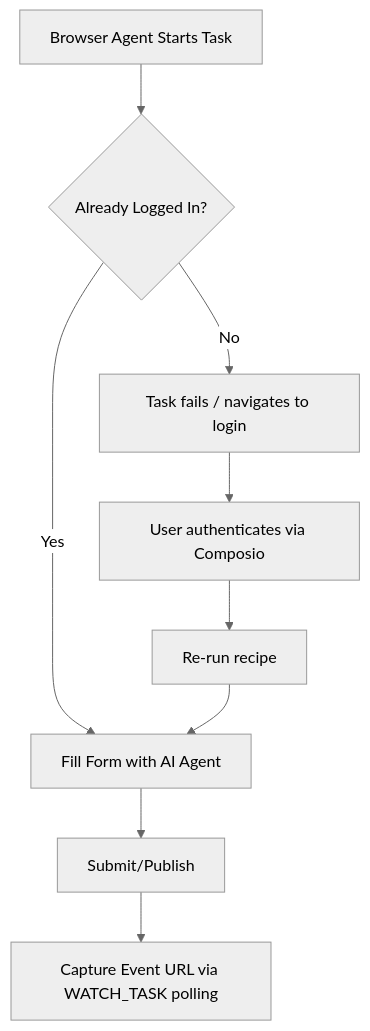
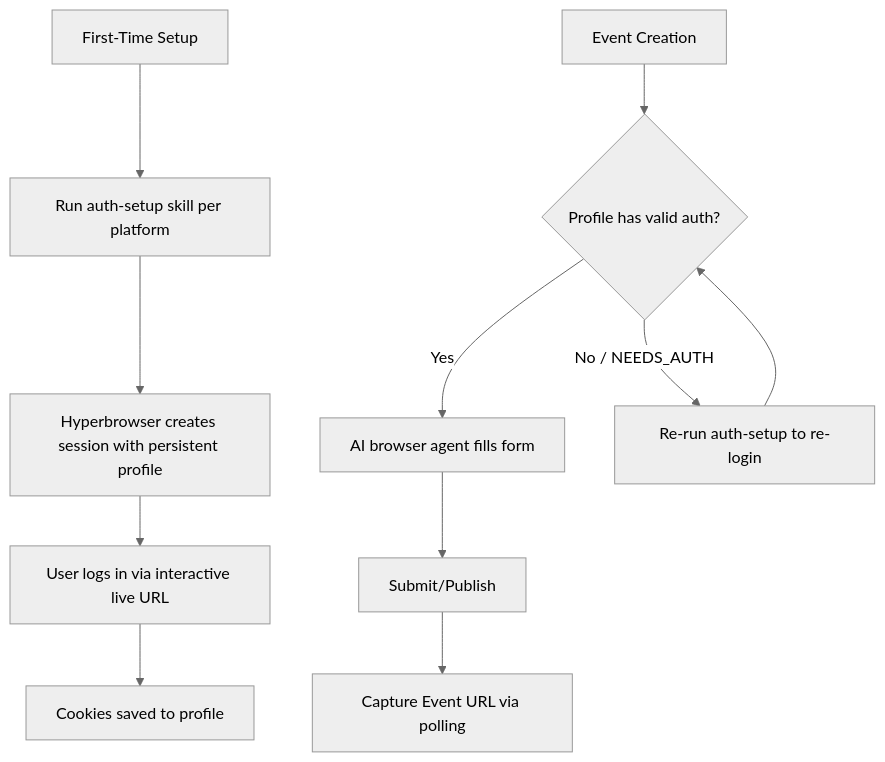
One commit to Coffee-Code-Philly-Accelerator/CCP-Digital-Marketing changed the sixth of 6 diagrams in README.md. Above: the diagram before and after it, drawn with Mermaid (neutral theme). The commit also changed other lines of this file, not shown here.

First line of the commit message:
Update README with Hyperbrowser dual-provider architecture

````diff
--- a/README.md
+++ b/README.md
@@ -330,11 +353,14 @@
 ```mermaid
 flowchart TD
-    A[Browser Agent Starts Task] --> B{Already Logged In?}
-    B -->|Yes| C[Fill Form with AI Agent]
-    B -->|No| D[Task fails / navigates to login]
-    D --> E[User authenticates via Composio]
-    E --> F[Re-run recipe]
-    F --> C
-    C --> G[Submit/Publish]
-    G --> H[Capture Event URL via WATCH_TASK polling]
+    A[First-Time Setup] --> B[Run auth-setup skill per platform]
+    B --> C[Hyperbrowser creates session with persistent profile]
+    C --> D[User logs in via interactive live URL]
+    D --> E[Cookies saved to profile]
+
+    F[Event Creation] --> G{Profile has valid auth?}
+    G -->|Yes| H[AI browser agent fills form]
+    G -->|No / NEEDS_AUTH| I[Re-run auth-setup to re-login]
+    I --> G
+    H --> J[Submit/Publish]
+    J --> K[Capture Event URL via polling]
 ```
````
